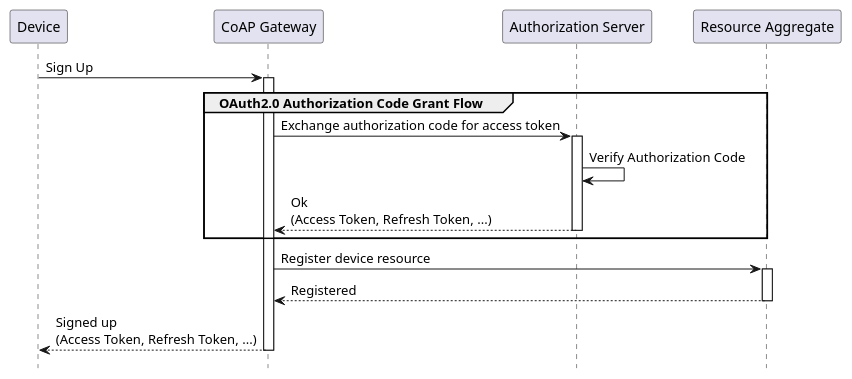
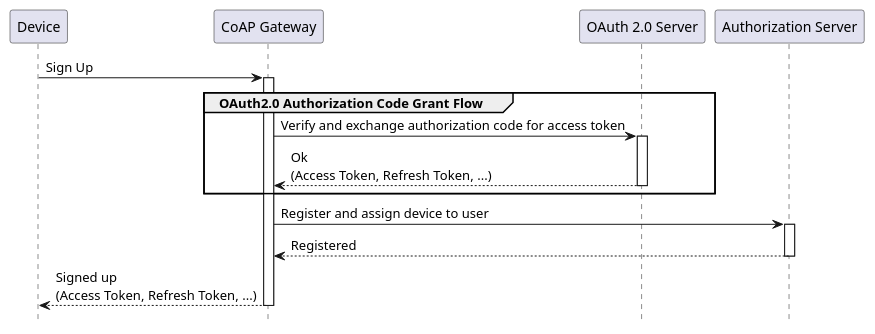
The second of 6 diagrams in content/en/architecture/component-overview.md (plgd-dev/doc), drawn with PlantUML before and after one commit. The commit also changed other lines of this file, not shown here.

```diff
--- a/content/en/architecture/component-overview.md
+++ b/content/en/architecture/component-overview.md
@@ -63,22 +66,20 @@
 {{< plantuml id="cloud-registration" >}}
 @startuml Sequence
 skinparam backgroundColor transparent
 hide footbox
 
 participant D as "Device"
 participant CGW as "CoAP Gateway"
+participant O as "OAuth 2.0 Server"
 participant AS as "Authorization Server"
-participant RA as "Resource Aggregate"
 
 D -> CGW ++: Sign Up
 group OAuth2.0 Authorization Code Grant Flow
-    CGW -> AS ++: Exchange authorization code for access token
-    AS -> AS: Verify Authorization Code
+    CGW -> O ++: Verify and exchange authorization code for access token
     return Ok\n(Access Token, Refresh Token, ...)
 end
-CGW -> RA ++: Register device resource
+CGW -> AS ++: Register and assign device to user
 return Registered
 return Signed up\n(Access Token, Refresh Token, ...)
-
 @enduml
 {{< /plantuml >}}
```
